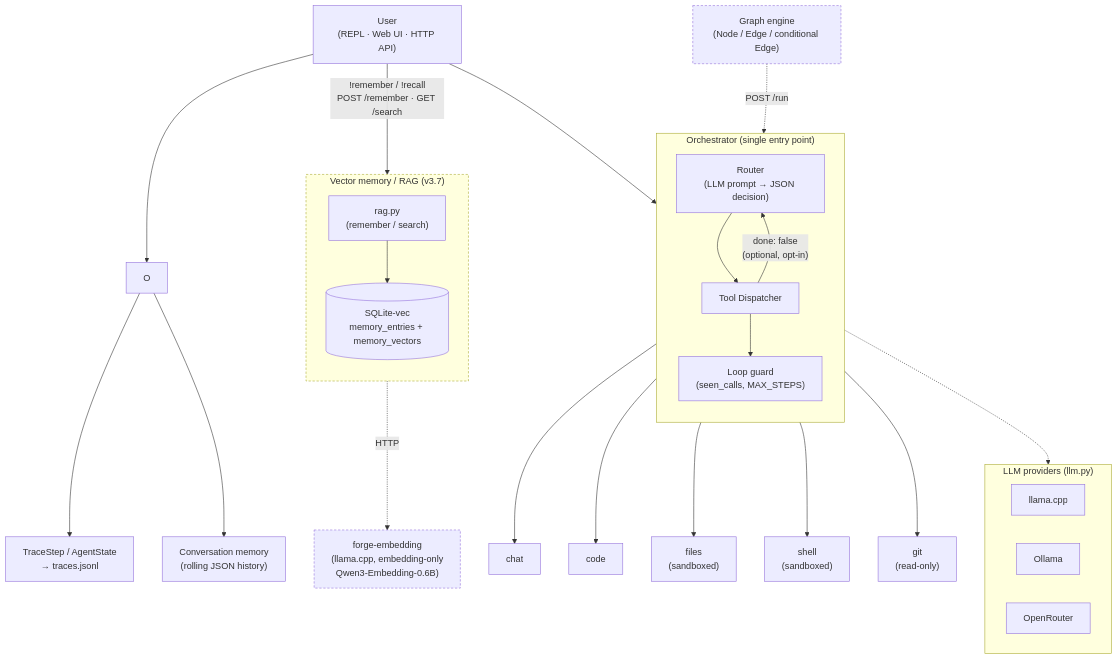
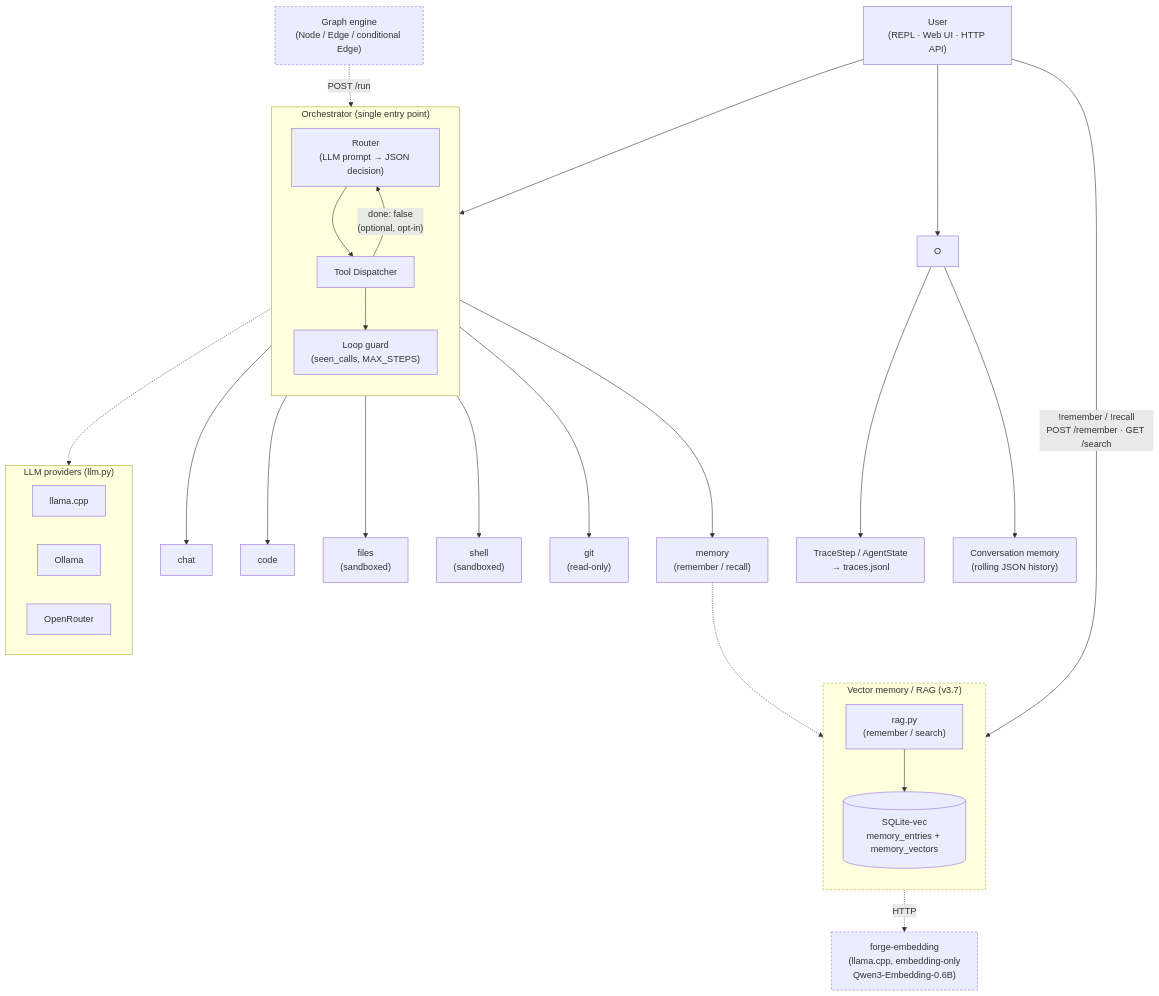
The diagram in README.md (Kurtisone/forge), drawn with Mermaid before and after one commit. The commit also changed other lines of this file and 5 other files, not shown here.

First line of the commit message:
feat(memory-tool): router-dispatchable !remember/!recall via a memory tool

````diff
--- a/README.md
+++ b/README.md
@@ -42,49 +42,51 @@
 ```mermaid
 flowchart TD
     U["User<br/>(REPL · Web UI · HTTP API)"] --> O
 
     subgraph Orchestrator["Orchestrator (single entry point)"]
         direction TB
         R["Router<br/>(LLM prompt → JSON decision)"]
         D["Tool Dispatcher"]
         LG["Loop guard<br/>(seen_calls, MAX_STEPS)"]
         R --> D
         D -->|"done: false<br/>(optional, opt-in)"| R
         D --> LG
     end
 
     U --> R
 
     D --> T1[chat]
     D --> T2[code]
     D --> T3["files<br/>(sandboxed)"]
     D --> T4["shell<br/>(sandboxed)"]
     D --> T5["git<br/>(read-only)"]
+    D --> T6["memory<br/>(remember / recall)"]
 
     subgraph Providers["LLM providers (llm.py)"]
         direction LR
         P1[llama.cpp]
         P2[Ollama]
         P3[OpenRouter]
     end
     R -.-> Providers
 
     O --> TR["TraceStep / AgentState<br/>→ traces.jsonl"]
     O --> MEM["Conversation memory<br/>(rolling JSON history)"]
 
     G["Graph engine<br/>(Node / Edge / conditional Edge)"] -.->|POST /run| D
     style G stroke-dasharray: 4 3
 
     subgraph RAG["Vector memory / RAG (v3.7)"]
         direction TB
         RE["rag.py<br/>(remember / search)"]
         VDB[("SQLite-vec<br/>memory_entries + memory_vectors")]
         RE --> VDB
     end
 
     U -->|"!remember / !recall<br/>POST /remember · GET /search"| RE
+    T6 -.-> RE
     EMB["forge-embedding<br/>(llama.cpp, embedding-only<br/>Qwen3-Embedding-0.6B)"]
     RE -.->|HTTP| EMB
     style RAG stroke-dasharray: 4 3
     style EMB stroke-dasharray: 4 3
 ```
````
